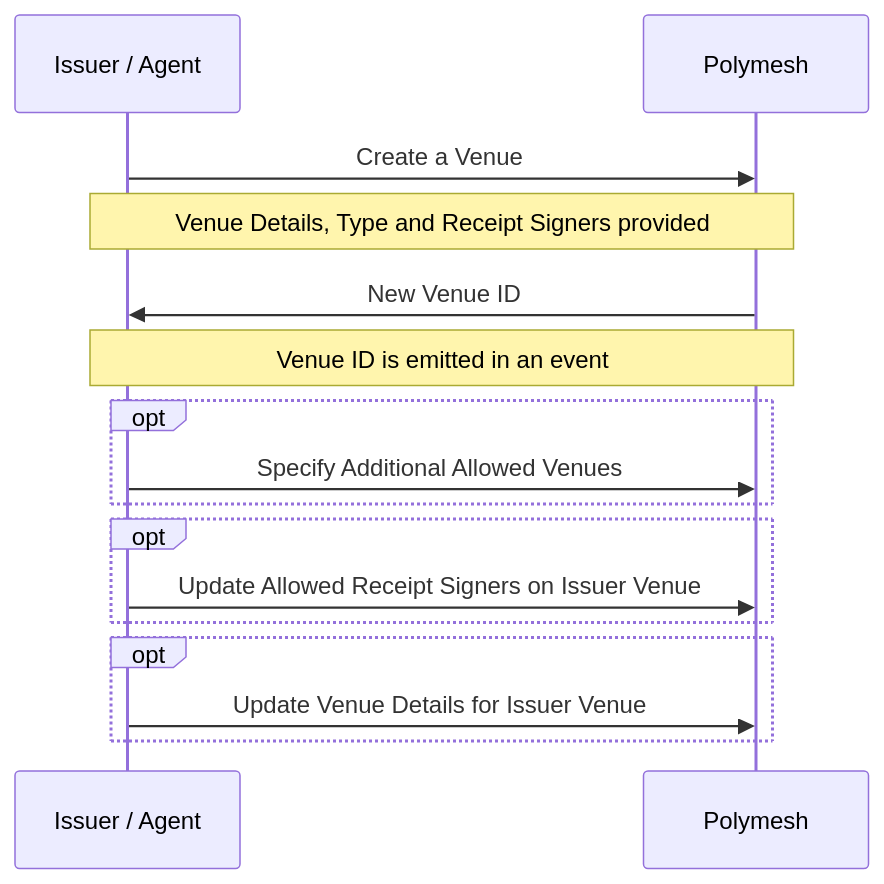
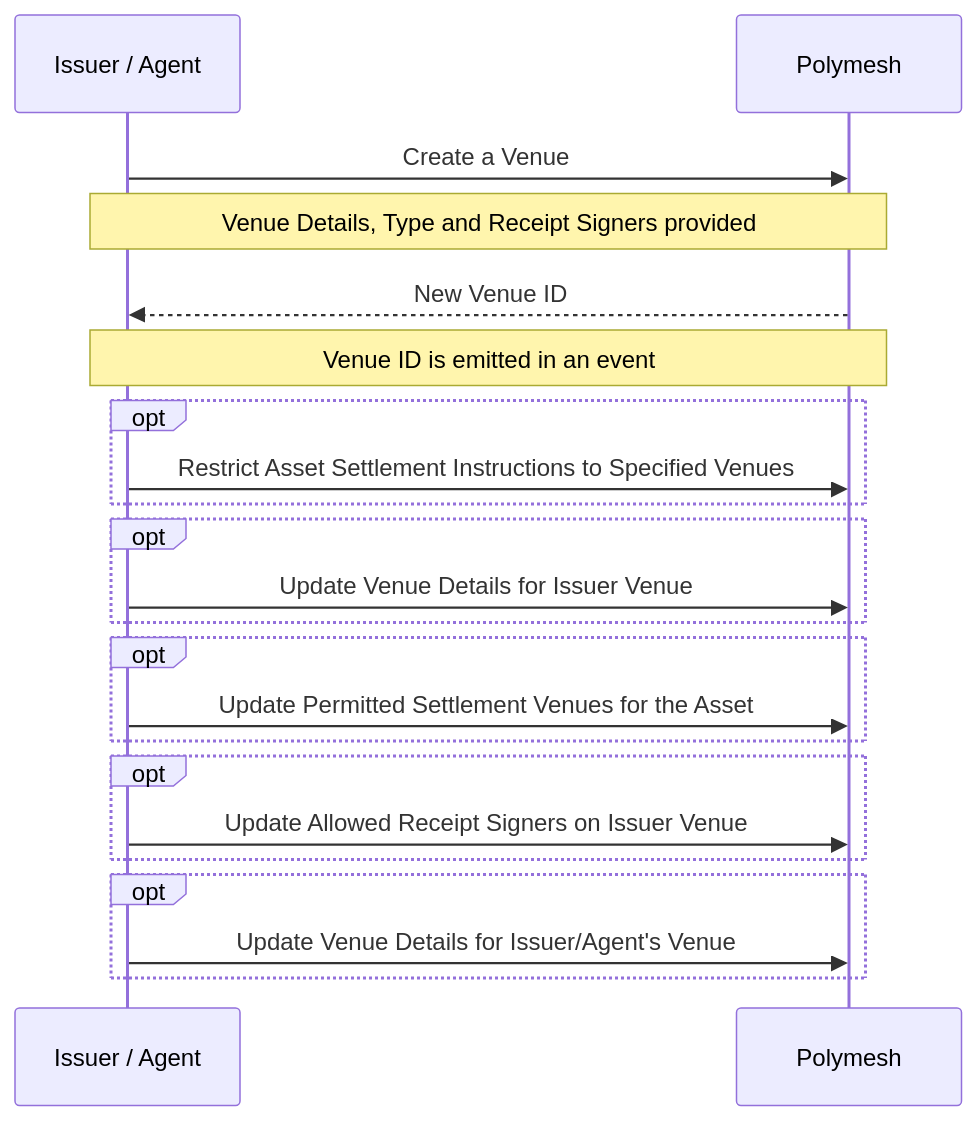
Before and after one commit to PolymeshAssociation/polymesh-documentation-site: the third of 5 diagrams in polymesh-docs/primitives/settlement-diagrams.mdx, drawn with Mermaid. The commit also changed other lines of this file, not shown here.

Commit message:
Update diagrams

````diff
--- a/polymesh-docs/primitives/settlement-diagrams.mdx
+++ b/polymesh-docs/primitives/settlement-diagrams.mdx
@@ -62,19 +66,25 @@
 ```mermaid
 sequenceDiagram
 participant I as Issuer / Agent
 participant P as Polymesh
 
 I ->> P: Create a Venue
 Note over I,P: Venue Details, Type and Receipt Signers provided
-P ->> I: New Venue ID
+P -->> I: New Venue ID
 Note over I,P: Venue ID is emitted in an event
 opt
-  I ->> P: Specify Additional Allowed Venues
+  I ->> P: Restrict Asset Settlement Instructions to Specified Venues
+end
+opt
+  I ->> P: Update Venue Details for Issuer Venue
+end
+opt
+  I ->> P: Update Permitted Settlement Venues for the Asset
 end
 opt
   I ->> P: Update Allowed Receipt Signers on Issuer Venue
 end
 opt
-  I ->> P: Update Venue Details for Issuer Venue
+  I ->> P: Update Venue Details for Issuer/Agent's Venue
 end
 ```
````
